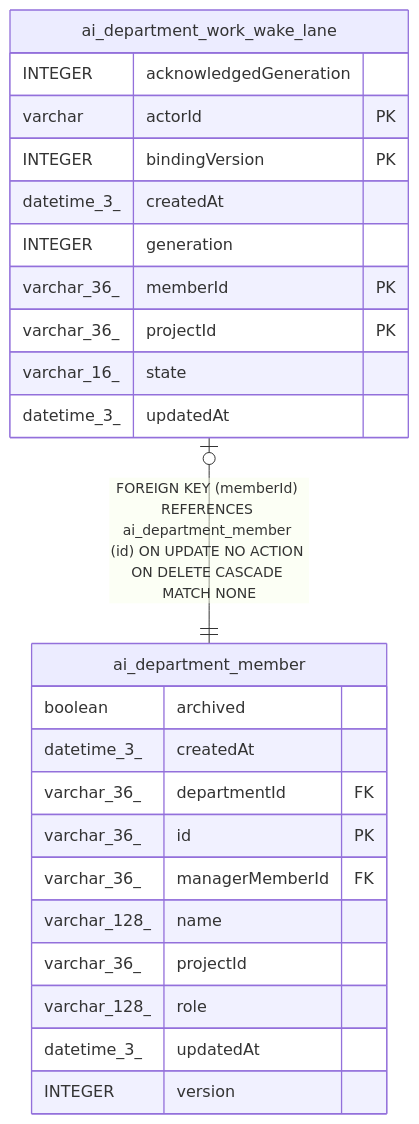
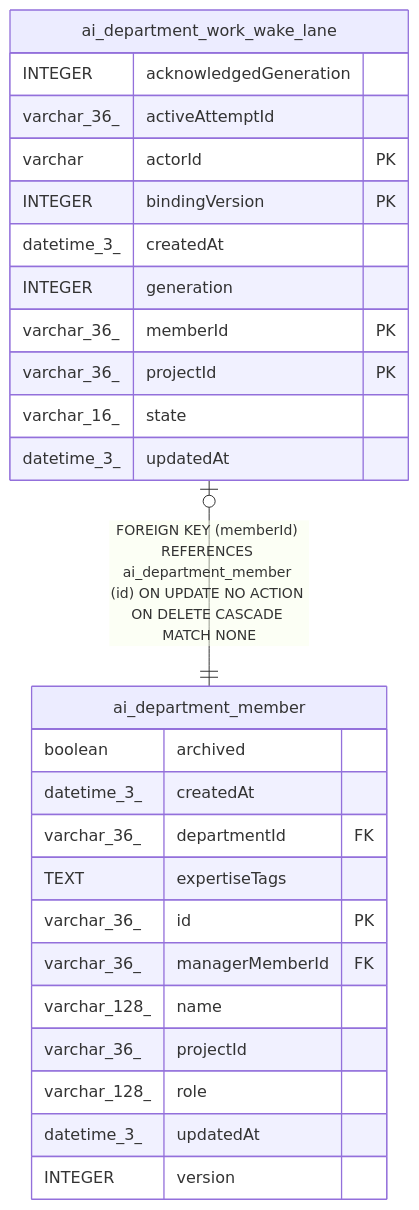
Before and after one commit to haison1234/Nexora: the diagram in docs/generated/sqlite-schema/ai_department_work_wake_lane.md, drawn with Mermaid. The commit also changed other lines of this file and 524 other files, not shown here.

````diff
--- a/docs/generated/sqlite-schema/ai_department_work_wake_lane.md
+++ b/docs/generated/sqlite-schema/ai_department_work_wake_lane.md
@@ -49,29 +50,31 @@
 ```mermaid
 erDiagram
 
 "ai_department_work_wake_lane" |o--|| "ai_department_member" : "FOREIGN KEY (memberId) REFERENCES ai_department_member (id) ON UPDATE NO ACTION ON DELETE CASCADE MATCH NONE"
 
 "ai_department_work_wake_lane" {
   INTEGER acknowledgedGeneration
+  varchar_36_ activeAttemptId
   varchar actorId PK
   INTEGER bindingVersion PK
   datetime_3_ createdAt
   INTEGER generation
   varchar_36_ memberId PK
   varchar_36_ projectId PK
   varchar_16_ state
   datetime_3_ updatedAt
 }
 "ai_department_member" {
   boolean archived
   datetime_3_ createdAt
   varchar_36_ departmentId FK
+  TEXT expertiseTags
   varchar_36_ id PK
   varchar_36_ managerMemberId FK
   varchar_128_ name
   varchar_36_ projectId
   varchar_128_ role
   datetime_3_ updatedAt
   INTEGER version
 }
 ```
````
